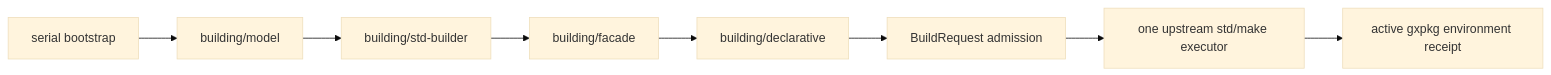
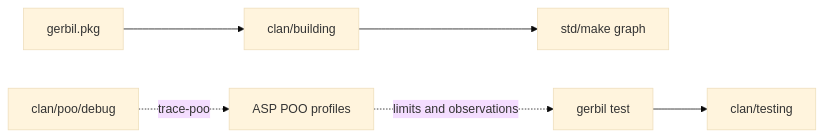
Before and after one commit to tao3k/asp-gerbil-scheme: the diagram in docs/30-39-building/31.04-building-testing-framework-reflection.org, drawn with Mermaid (base theme). The commit also changed other lines of this file and 97 other files, not shown here.

Commit message:
refactor(testing): extend native Gerbil test with POO profiles

```diff
--- a/docs/30-39-building/31.04-building-testing-framework-reflection.org
+++ b/docs/30-39-building/31.04-building-testing-framework-reflection.org
@@ -102,10 +26,8 @@
 #+begin_src mermaid
 flowchart LR
-  Bootstrap["serial bootstrap"] --> Model["building/model"]
-  Model --> Builder["building/std-builder"]
-  Builder --> Facade["building/facade"]
-  Facade --> Declarative["building/declarative"]
-  Declarative --> Requests["BuildRequest admission"]
-  Requests --> Make["one upstream std/make executor"]
-  Make --> Receipt["active gxpkg environment receipt"]
+  Package["gerbil.pkg"] --> Building["clan/building"]
+  Building --> Make["std/make graph"]
+  CLI["gerbil test"] --> Testing["clan/testing"]
+  Profiles["ASP POO profiles"] -. limits and observations .-> CLI
+  Debug["clan/poo/debug"] -. trace-poo .-> Profiles
 #+end_src
```
